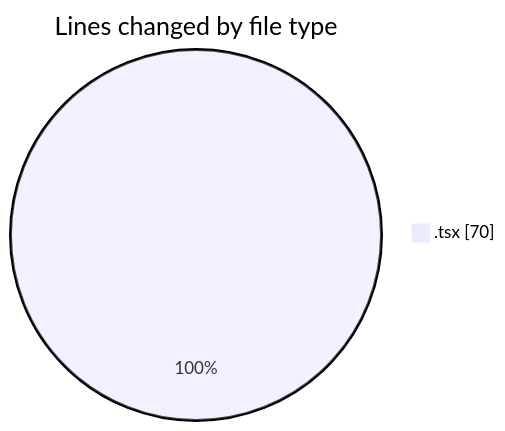
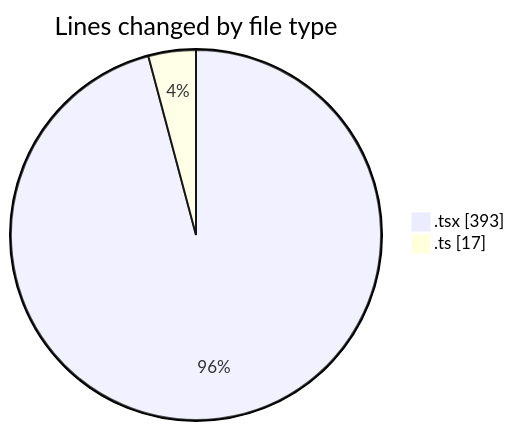
Before and after one commit to momahboobian/code-tracking: the first of 2 diagrams in 2025-04-02/cda/README.md, drawn with Mermaid. The commit also changed other lines of this file and 1 other file, not shown here.

````diff
--- a/2025-04-02/cda/README.md
+++ b/2025-04-02/cda/README.md
@@ -20,5 +22,6 @@
 ```mermaid
 pie showData
 title Lines changed by file type
-".tsx" : 70
+".tsx" : 393
+".ts" : 17
 ```
````
